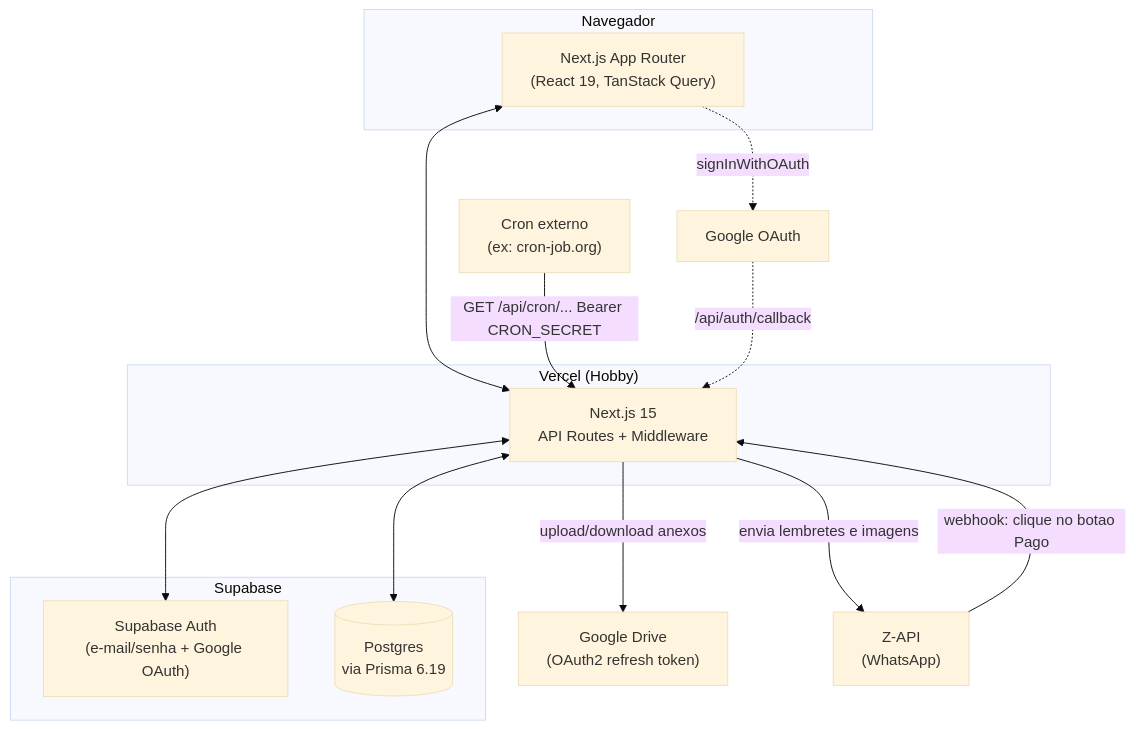
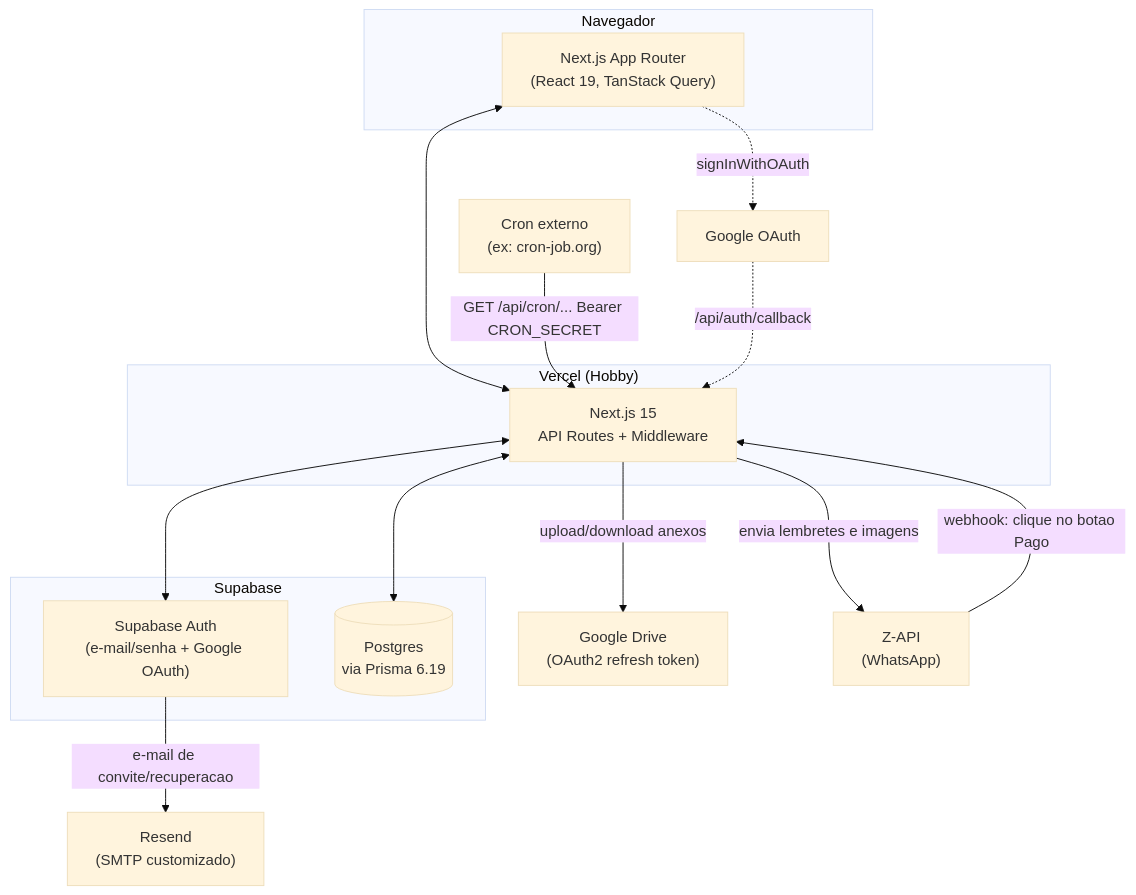
One commit to mguimaraesti-dot/medflow changed the first of 2 diagrams in docs/arquitetura.md. Above: the diagram before and after it, drawn with Mermaid (base theme). The commit also changed other lines of this file, not shown here.

First line of the commit message:
docs(arquitetura): documentar SMTP customizado (Resend) do Supabase Auth

````diff
--- a/docs/arquitetura.md
+++ b/docs/arquitetura.md
@@ -168,30 +173,32 @@
 ```mermaid
 flowchart TB
     subgraph Client["Navegador"]
         UI["Next.js App Router<br/>(React 19, TanStack Query)"]
     end
 
     subgraph Vercel["Vercel (Hobby)"]
         NextApp["Next.js 15<br/>API Routes + Middleware"]
     end
 
     subgraph Supabase["Supabase"]
         Auth["Supabase Auth<br/>(e-mail/senha + Google OAuth)"]
         DB[("Postgres<br/>via Prisma 6.19")]
     end
 
     GDrive["Google Drive<br/>(OAuth2 refresh token)"]
     ZAPI["Z-API<br/>(WhatsApp)"]
     CronExt["Cron externo<br/>(ex: cron-job.org)"]
     Google["Google OAuth"]
+    Resend["Resend<br/>(SMTP customizado)"]
 
     UI <--> NextApp
     NextApp <--> Auth
     NextApp <--> DB
     NextApp -->|upload/download anexos| GDrive
     NextApp -->|envia lembretes e imagens| ZAPI
     ZAPI -->|webhook: clique no botao Pago| NextApp
     CronExt -->|GET /api/cron/... Bearer CRON_SECRET| NextApp
     UI -.->|signInWithOAuth| Google
     Google -.->|/api/auth/callback| NextApp
+    Auth -->|e-mail de convite/recuperacao| Resend
 ```
````
